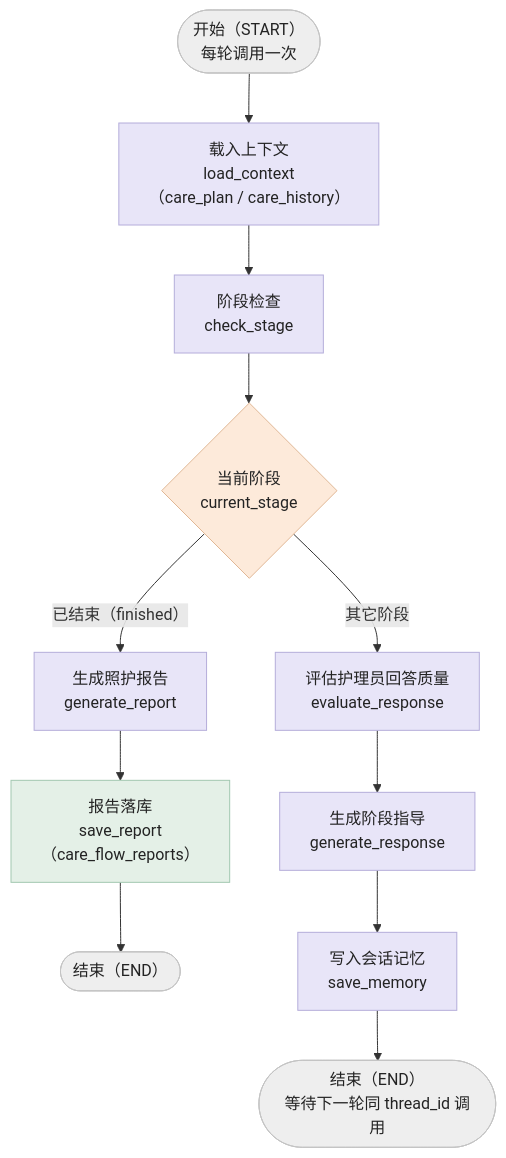
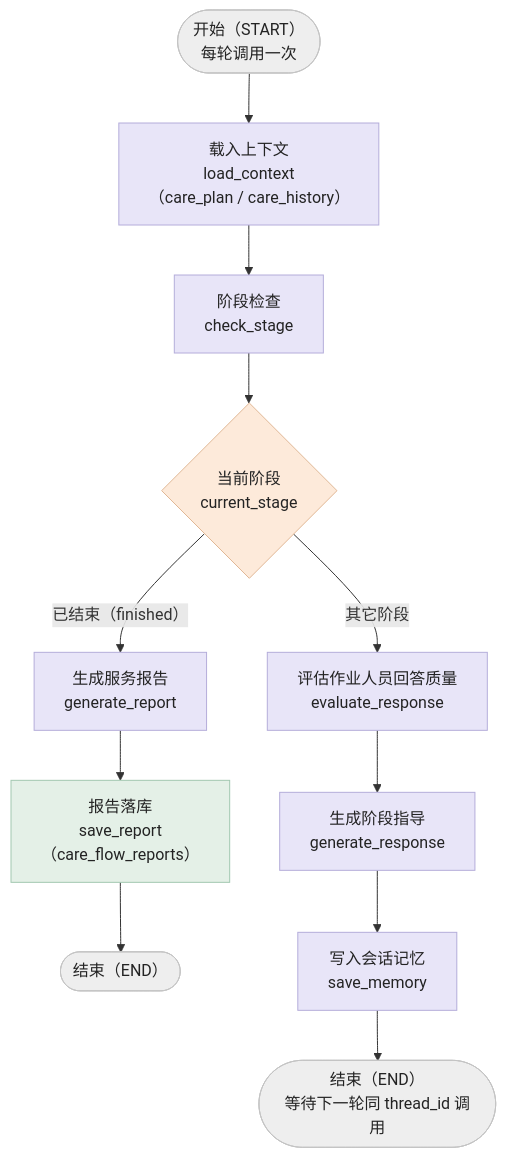
The ninth of 13 diagrams in 文档/架构流程图.md (sysyan321-alt/fieldops-agent), drawn with Mermaid before and after one commit. The commit also changed other lines of this file and 109 other files, not shown here.

````diff
--- a/文档/架构流程图.md
+++ b/文档/架构流程图.md
@@ -393,24 +393,24 @@
 ```mermaid
 flowchart TD
     S(["开始（START）<br/>每轮调用一次"]) --> LC["载入上下文<br/>load_context<br/>（care_plan / care_history）"]
     LC --> CS["阶段检查<br/>check_stage"]
 
     CS --> Q1{"当前阶段<br/>current_stage"}
-    Q1 -->|"已结束（finished）"| GR["生成照护报告<br/>generate_report"]
+    Q1 -->|"已结束（finished）"| GR["生成服务报告<br/>generate_report"]
     GR --> SR["报告落库<br/>save_report<br/>（care_flow_reports）"]
     SR --> E1(["结束（END）"])
 
-    Q1 -->|"其它阶段"| ER["评估护理员回答质量<br/>evaluate_response"]
+    Q1 -->|"其它阶段"| ER["评估作业人员回答质量<br/>evaluate_response"]
     ER --> GEN["生成阶段指导<br/>generate_response"]
     GEN --> SM["写入会话记忆<br/>save_memory"]
     SM --> E2(["结束（END）<br/>等待下一轮同 thread_id 调用"])
 
     classDef proc fill:#e8e5f8,stroke:#b4adda,color:#232323
     classDef decision fill:#fdeada,stroke:#e0b795,color:#232323
     classDef store fill:#e4f0e7,stroke:#a2c8b1,color:#232323
     classDef term fill:#eeeeee,stroke:#c4c4c4,color:#232323
     class LC,CS,GR,ER,GEN,SM proc
     class Q1 decision
     class SR store
     class S,E1,E2 term
 ```
````
